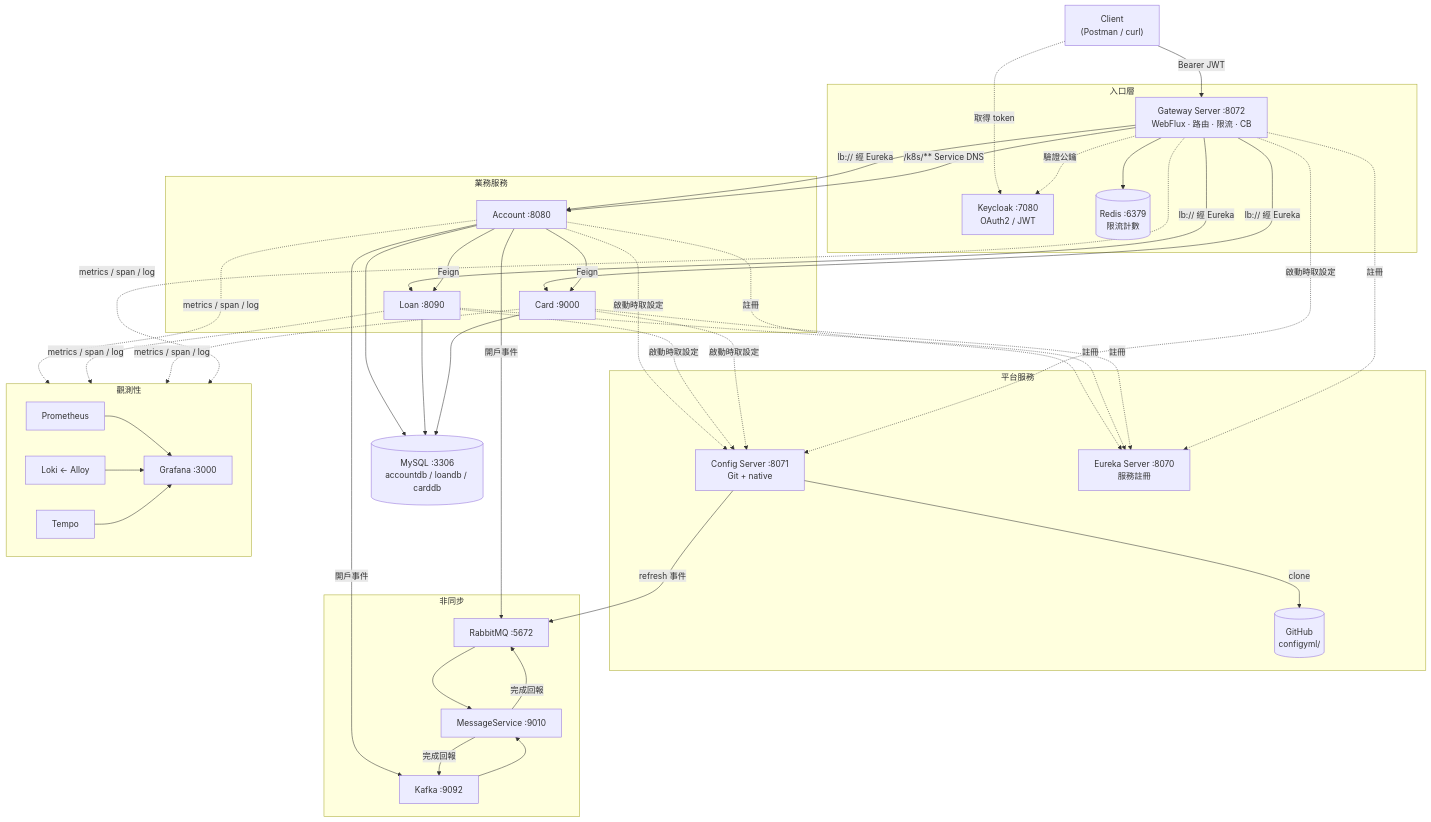
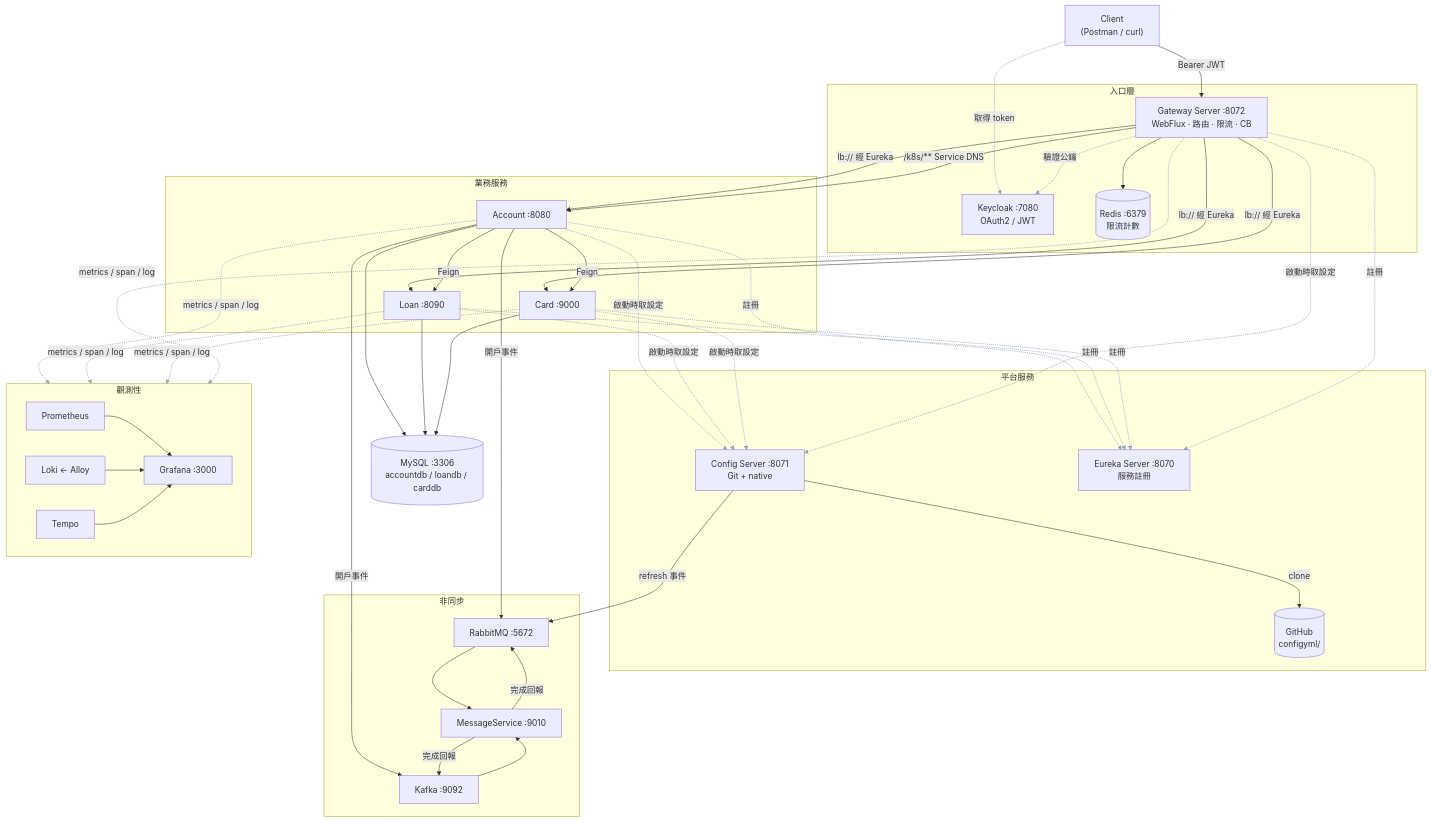
Before and after one commit to tonysk0210/springboot-microservices: the first of 4 diagrams in README.md, drawn with Mermaid. The commit also changed other lines of this file, not shown here.

````diff
--- a/README.md
+++ b/README.md
@@ -132,8 +132,8 @@
     end
 
     Client -->|Bearer JWT| GW
-    Client -.取得 token.-> KC
-    GW -.驗證公鑰.-> KC
+    Client authToken@-.取得 token.-> KC
+    GW authJwk@-.驗證公鑰.-> KC
     GW --> Redis
     GW -->|lb:// 經 Eureka| ACC & LOAN & CARD
     GW -->|/k8s/** Service DNS| ACC
@@ -151,23 +151,30 @@
 
     PROM & LOKI & TEMPO --> GRAF
 
-    %% ── 控制面（虛線）──
+    %% ── 控制面（灰色虛線）──
     %% 逐條寫開而不是寫成 `ACC & LOAN & CARD & GW -.xxx.-> CS`：
     %% 部分檢視器展開 `&` 時線型會不一致，逐條宣告最保險。
-    %% 也不要改用 linkStyle 上色：它依「邊的宣告順序索引」套用，
-    %% 不同 mermaid 版本算出的索引不一致，會變成只有部分虛線被套到。
-    ACC -.啟動時取設定.-> CS
-    LOAN -.啟動時取設定.-> CS
-    CARD -.啟動時取設定.-> CS
-    GW -.啟動時取設定.-> CS
+    %% 每條邊前面的 `xxx@` 是 mermaid 11.4+ 的「邊 ID」，配合下方 classDef 上灰色。
+    %% 不要改用 linkStyle：它依「邊的宣告順序索引」套用，跨 mermaid 版本索引不一致，
+    %% 會變成只有部分虛線被套到樣式；邊 ID 是按名字對應，不受影響。
+    ACC  cfgAcc@-.啟動時取設定.-> CS
+    LOAN cfgLoan@-.啟動時取設定.-> CS
+    CARD cfgCard@-.啟動時取設定.-> CS
+    GW   cfgGw@-.啟動時取設定.-> CS
 
-    ACC -.註冊.-> EU
-    LOAN -.註冊.-> EU
-    CARD -.註冊.-> EU
-    GW -.註冊.-> EU
+    ACC  euAcc@-.註冊.-> EU
+    LOAN euLoan@-.註冊.-> EU
+    CARD euCard@-.註冊.-> EU
+    GW   euGw@-.註冊.-> EU
 
-    ACC -."metrics / span / log".-> Obs
-    LOAN -."metrics / span / log".-> Obs
-    CARD -."metrics / span / log".-> Obs
-    GW -."metrics / span / log".-> Obs
+    ACC  obsAcc@-."metrics / span / log".-> Obs
+    LOAN obsLoan@-."metrics / span / log".-> Obs
+    CARD obsCard@-."metrics / span / log".-> Obs
+    GW   obsGw@-."metrics / span / log".-> Obs
+
+    classDef ctrlPlane stroke:#94a3b8,stroke-width:1.5px
+    class authToken,authJwk ctrlPlane
+    class cfgAcc,cfgLoan,cfgCard,cfgGw ctrlPlane
+    class euAcc,euLoan,euCard,euGw ctrlPlane
+    class obsAcc,obsLoan,obsCard,obsGw ctrlPlane
 ```
````
